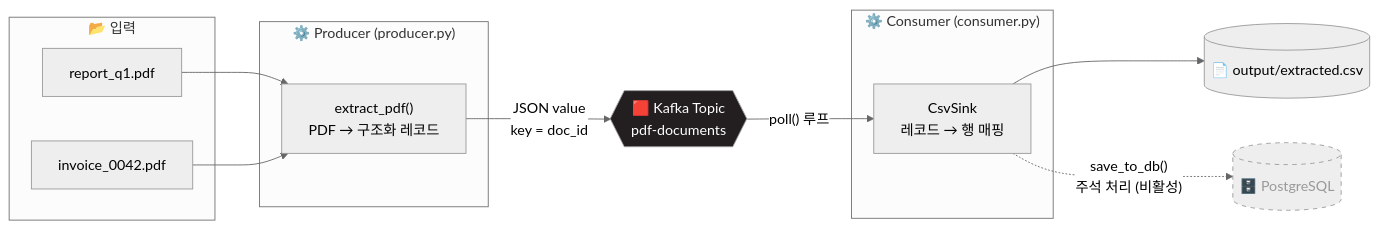
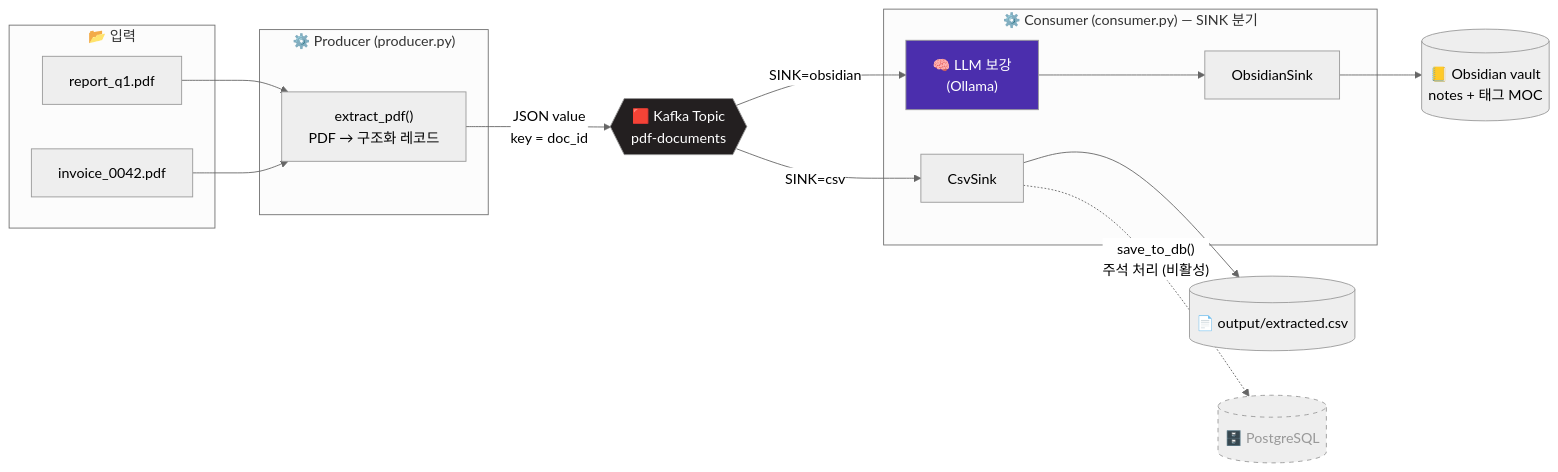
Before and after one commit to byunkyusup/A003-pdf-kafka-pipeline: the first of 3 diagrams in README.md, drawn with Mermaid (neutral theme). The commit also changed other lines of this file, not shown here.

First line of the commit message:
docs: README 멀티 싱크(csv/obsidian) 반영 최신화

````diff
--- a/README.md
+++ b/README.md
@@ -16,30 +20,35 @@
 ```mermaid
 flowchart LR
     subgraph SRC["📂 입력"]
         P1["report_q1.pdf"]
         P2["invoice_0042.pdf"]
     end
 
     subgraph PROD["⚙️ Producer (producer.py)"]
         EX["extract_pdf()<br/>PDF → 구조화 레코드"]
     end
 
     K{{"🟥 Kafka Topic<br/>pdf-documents"}}
 
-    subgraph CONS["⚙️ Consumer (consumer.py)"]
-        SINK["CsvSink<br/>레코드 → 행 매핑"]
+    subgraph CONS["⚙️ Consumer (consumer.py) — SINK 분기"]
+        CSV["CsvSink"]
+        LLM["🧠 LLM 보강<br/>(Ollama)"] --> OBS["ObsidianSink"]
     end
 
     OUT[("📄 output/extracted.csv")]
+    VAULT[("📒 Obsidian vault<br/>notes + 태그 MOC")]
     DB[("🗄️ PostgreSQL")]
 
     P1 --> EX
     P2 --> EX
     EX -->|"JSON value<br/>key = doc_id"| K
-    K -->|"poll() 루프"| SINK
-    SINK --> OUT
-    SINK -. "save_to_db()<br/>주석 처리 (비활성)" .-> DB
+    K -->|"SINK=csv"| CSV
+    K -->|"SINK=obsidian"| LLM
+    CSV --> OUT
+    OBS --> VAULT
+    CSV -. "save_to_db()<br/>주석 처리 (비활성)" .-> DB
 
     style DB stroke-dasharray: 5 5,color:#999,stroke:#999
     style K fill:#231F20,color:#fff
+    style LLM fill:#4B2EAD,color:#fff
 ```
````
